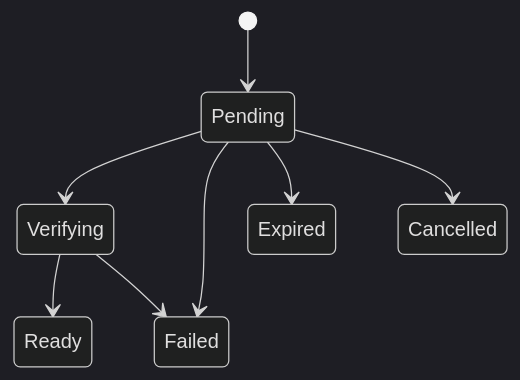
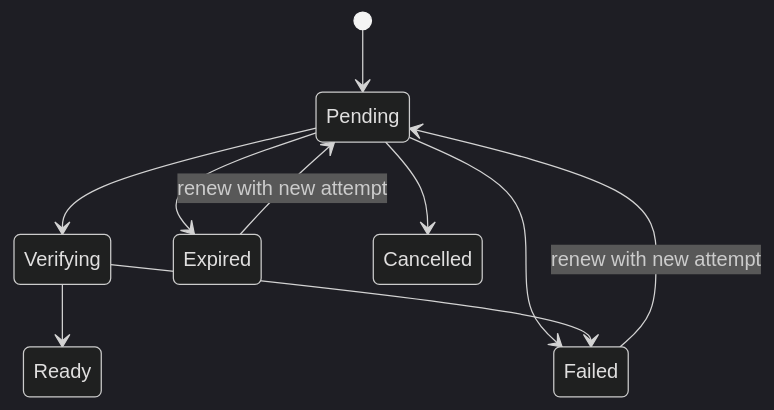
One commit to NTriKhang/personal-cognition-ledger changed the third of 3 diagrams in docs/domain-model.md. Above: the diagram before and after it, drawn with Mermaid (dark theme). The commit also changed other lines of this file and 36 other files, not shown here.

````diff
--- a/docs/domain-model.md
+++ b/docs/domain-model.md
@@ -143,10 +143,12 @@
 ```mermaid
 stateDiagram-v2
     [*] --> Pending
     Pending --> Verifying
     Verifying --> Ready
     Pending --> Failed
     Verifying --> Failed
     Pending --> Expired
     Pending --> Cancelled
+    Expired --> Pending: renew with new attempt
+    Failed --> Pending: renew with new attempt
 ```
````
